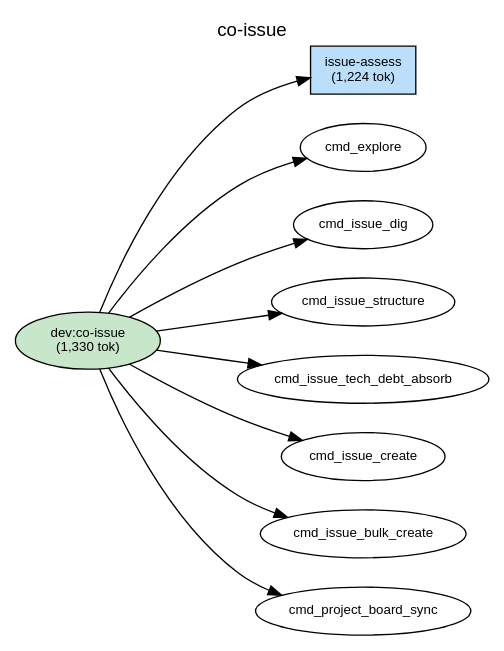
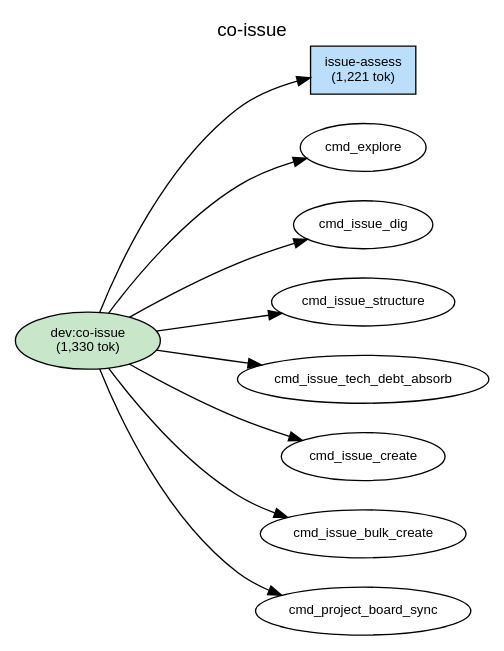
One commit to shuu5/twill changed the diagram in plugins/dev/docs/deps-co-issue.dot. Above: the diagram before and after it, drawn with Graphviz. The commit also changed 37 other files, not shown here.

```diff
--- a/plugins/dev/docs/deps-co-issue.dot
+++ b/plugins/dev/docs/deps-co-issue.dot
@@ -1,47 +1,47 @@
 digraph Dependencies {
     // Graph settings
     rankdir=LR;
     ranksep=0.8;
     nodesep=0.3;
     fontname="Helvetica";
     node [fontname="Helvetica", fontsize=10];
     edge [fontname="Helvetica", fontsize=9];
     label="co-issue";
     labelloc=t;
     fontsize=14;
 
     // L0: Controller Skills
     skill_co_issue [label="dev:co-issue\n(1,330 tok)", shape=ellipse, style=filled, fillcolor="#c8e6c9"];
 
     // L0: Launchers
 
     // L0.5: Workflow Skills
 
     // Reference Skills
 
     // L1: Direct Commands
-    cmd_issue_assess [label="issue-assess\n(1,224 tok)", shape=box, style=filled, fillcolor="#bbdefb"];
+    cmd_issue_assess [label="issue-assess\n(1,221 tok)", shape=box, style=filled, fillcolor="#bbdefb"];
 
     // L2: Sub Commands
 
     // L3: Agents
 
     // L3.5: Scripts
 
     // L4: External
 
     // Layer constraints
     { rank=same; skill_co_issue; }
     { rank=same; cmd_issue_assess; }
 
     // Edges
     skill_co_issue -> cmd_explore;
     skill_co_issue -> cmd_issue_dig;
     skill_co_issue -> cmd_issue_structure;
     skill_co_issue -> cmd_issue_assess;
     skill_co_issue -> cmd_issue_tech_debt_absorb;
     skill_co_issue -> cmd_issue_create;
     skill_co_issue -> cmd_issue_bulk_create;
     skill_co_issue -> cmd_project_board_sync;
 
 }
```
